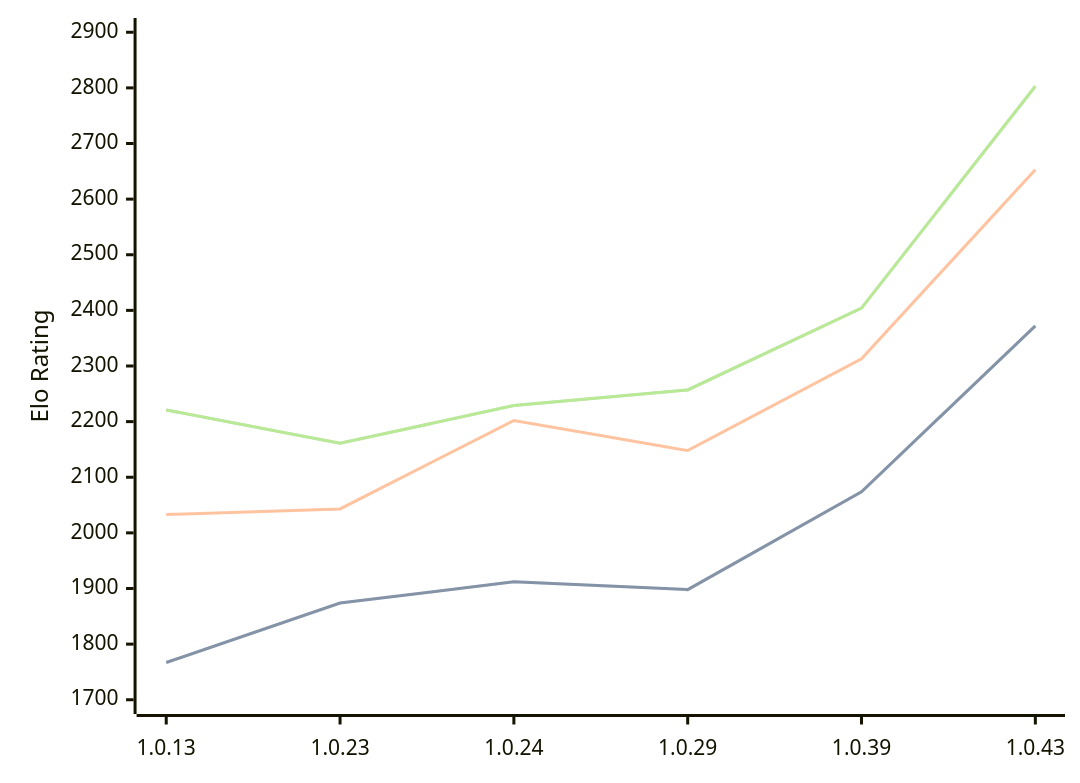
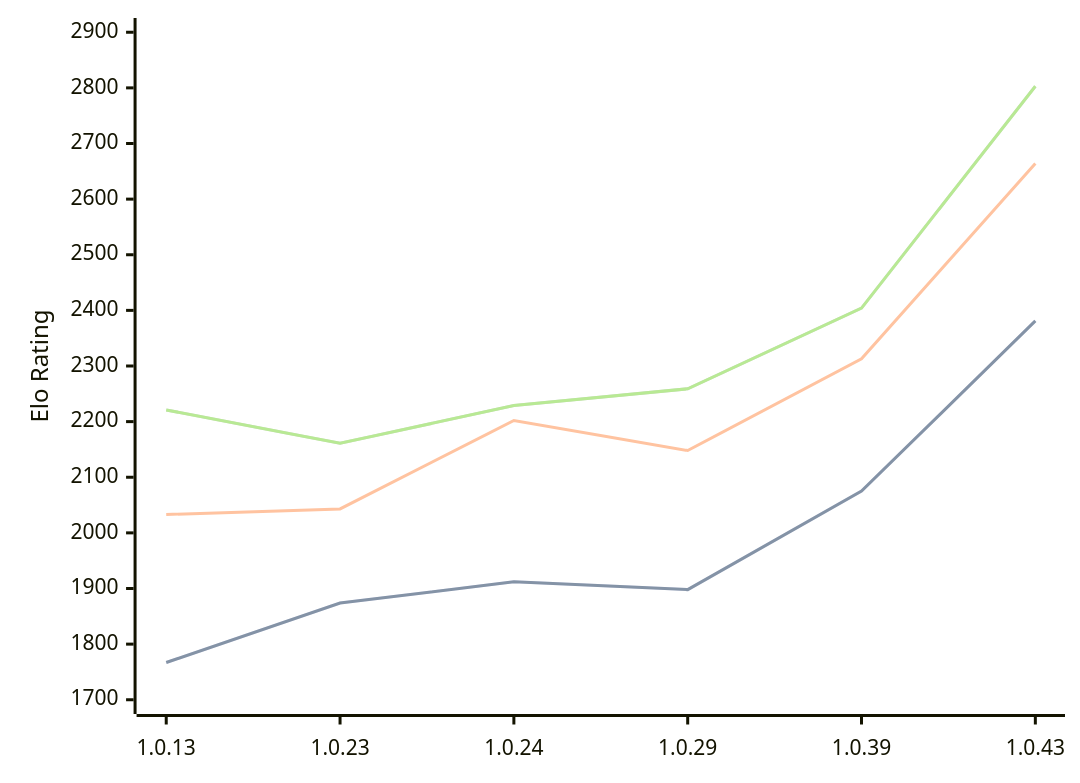
Before and after one commit to computer-chess-index/cci: the first of 3 diagrams in engines/RustyRival.md, drawn with Mermaid. The commit also changed other lines of this file, not shown here.

Commit message:
Update CCI Ratings (ELO VLTC) - 2026-06-16

````diff
--- a/engines/RustyRival.md
+++ b/engines/RustyRival.md
@@ -68,11 +68,11 @@
 ```mermaid
 %%{init: {"theme":"base","themeVariables":{"seriesColors:['#a3a3a3','#222221','#faa371']}}}%%
 xychart-beta
   x-axis ["1.0.13", "1.0.23", "1.0.24", "1.0.29", "1.0.39", "1.0.43"]
   y-axis "Elo Rating" 1700 --> 2900
-  line "STC (8.0+0.08s)" [1767, 1874, 1912, 1898, 2074, 2372]
-  line "STC (8.0+0.08s)" [1767, 1874, 1912, 1898, 2074, 2372]
-  line "LTC (60.0+0.60s)" [2033, 2043, 2202, 2148, 2313, 2653]
-  line "VLTC (2m24s+1.12s)" [2221, 2161, 2229, 2257, 2404, 2803]
-  line "VLTC (2m24s+1.12s)" [2221, 2161, 2229, 2257, 2404, 2803]
+  line "STC (8.0+0.08s)" [1767, 1874, 1912, 1898, 2075, 2381]
+  line "STC (8.0+0.08s)" [1767, 1874, 1912, 1898, 2075, 2381]
+  line "LTC (60.0+0.60s)" [2033, 2043, 2202, 2148, 2313, 2664]
+  line "VLTC (2m24s+1.12s)" [2221, 2161, 2229, 2259, 2404, 2803]
+  line "VLTC (2m24s+1.12s)" [2221, 2161, 2229, 2259, 2404, 2803]
 ```
````
